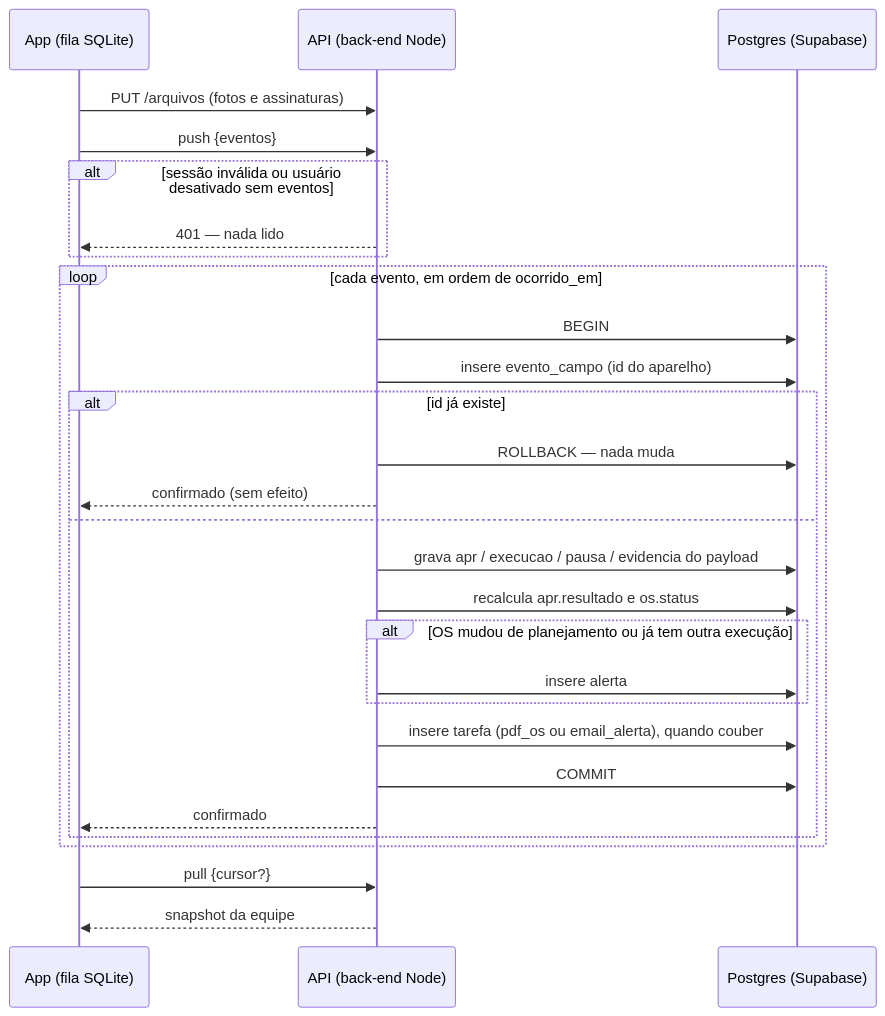
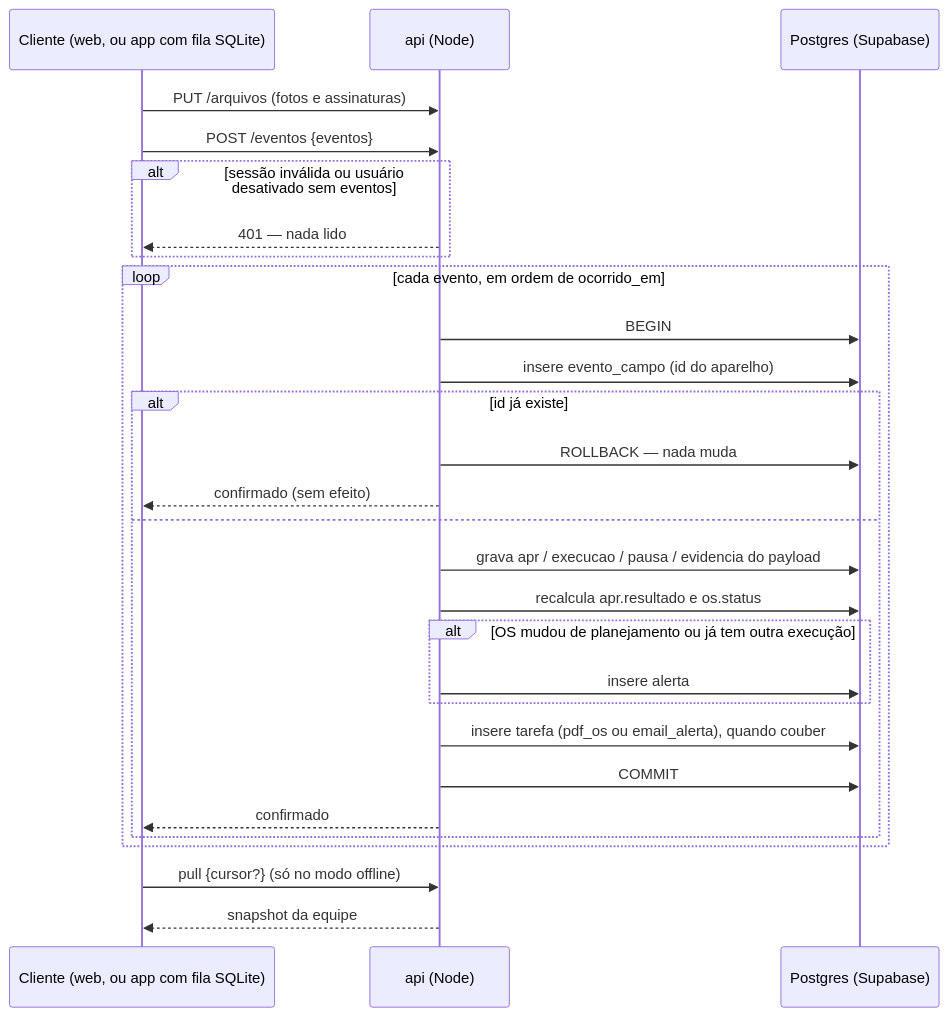
One commit to RenanFelliphe/D.A.P.R.O.M changed the first of 4 diagrams in base/.design/especificacao.md. Above: the diagram before and after it, drawn with Mermaid. The commit also changed other lines of this file and 13 other files, not shown here.

````diff
--- a/base/.design/especificacao.md
+++ b/base/.design/especificacao.md
@@ -389,30 +398,30 @@
 ```mermaid
 sequenceDiagram
-  participant A as App (fila SQLite)
-  participant S as API (back-end Node)
+  participant A as Cliente (web, ou app com fila SQLite)
+  participant S as api (Node)
   participant DB as Postgres (Supabase)
   A->>S: PUT /arquivos (fotos e assinaturas)
-  A->>S: push {eventos}
+  A->>S: POST /eventos {eventos}
   alt sessão inválida ou usuário desativado sem eventos
     S-->>A: 401 — nada lido
   end
   loop cada evento, em ordem de ocorrido_em
     S->>DB: BEGIN
     S->>DB: insere evento_campo (id do aparelho)
     alt id já existe
       S->>DB: ROLLBACK — nada muda
       S-->>A: confirmado (sem efeito)
     else
       S->>DB: grava apr / execucao / pausa / evidencia do payload
       S->>DB: recalcula apr.resultado e os.status
       alt OS mudou de planejamento ou já tem outra execução
         S->>DB: insere alerta
       end
       S->>DB: insere tarefa (pdf_os ou email_alerta), quando couber
       S->>DB: COMMIT
       S-->>A: confirmado
     end
   end
-  A->>S: pull {cursor?}
+  A->>S: pull {cursor?} (só no modo offline)
   S-->>A: snapshot da equipe
 ```
````
